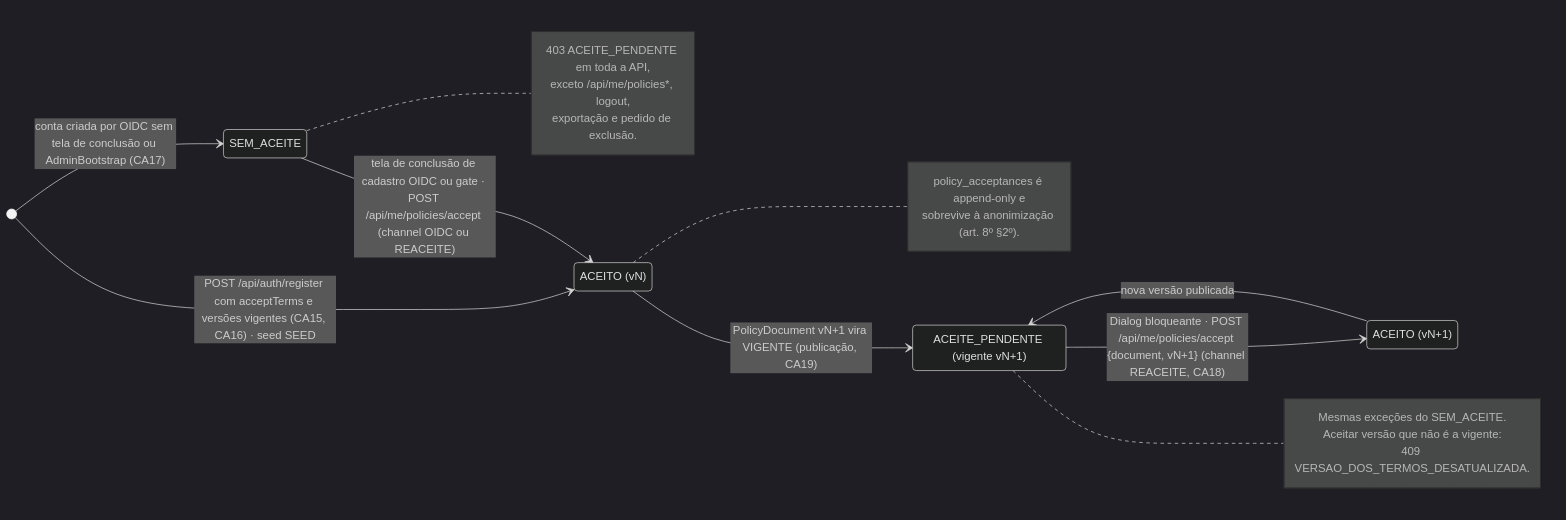
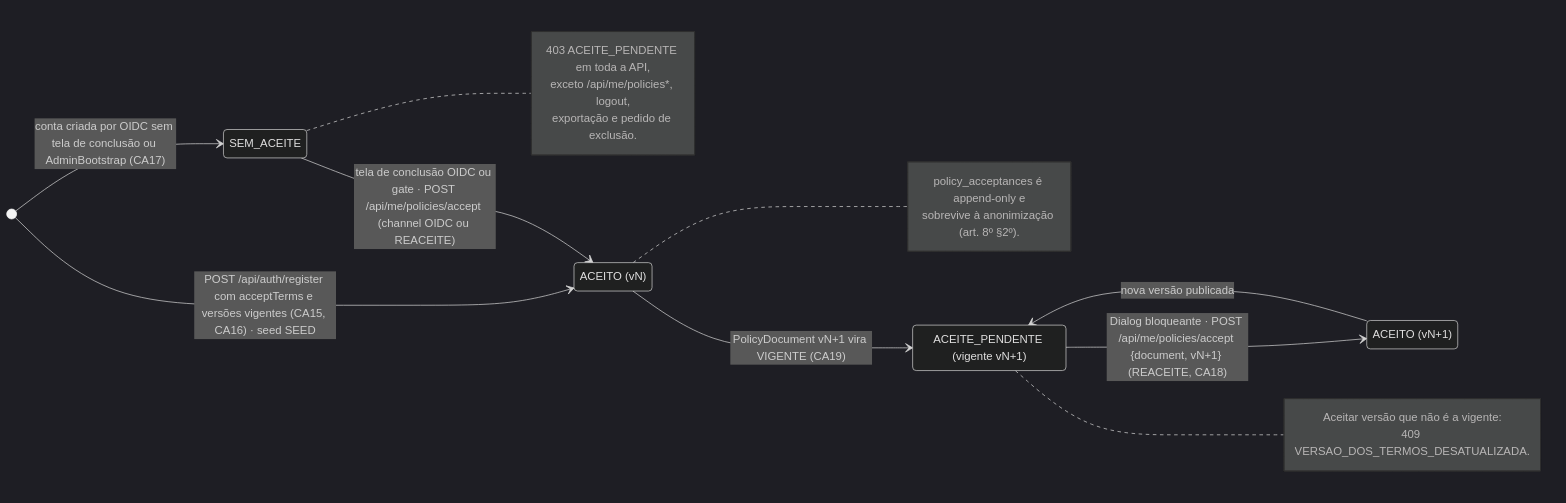
Before and after one commit to MatheusHaliski/Decia-app-2026: the sixth of 6 diagrams in docs/diagramas/RF1/README.md, drawn with Mermaid (dark theme). The commit also changed other lines of this file and 5 other files, not shown here.

First line of the commit message:
docs(diagramas): reescreve RF1–RF5 (5 diagramas Mermaid + rastreabilidade) e cria _tools/checar.py

````diff
--- a/docs/diagramas/RF1/README.md
+++ b/docs/diagramas/RF1/README.md
@@ -516,30 +593,29 @@
 ```mermaid
 stateDiagram-v2
   direction LR
-  state "SEM_ACEITE" as SEM_ACEITE
-  state "ACEITO (vN)" as ACEITO_VN
-  state "ACEITE_PENDENTE (vigente vN+1)" as ACEITE_PENDENTE
-  state "ACEITO (vN+1)" as ACEITO_VN1
+  state "SEM_ACEITE" as SEM
+  state "ACEITO (vN)" as VN
+  state "ACEITE_PENDENTE (vigente vN+1)" as PEND
+  state "ACEITO (vN+1)" as VN1
 
-  [*] --> SEM_ACEITE : conta criada por OIDC sem tela de conclusão ou AdminBootstrap (CA17)
-  [*] --> ACEITO_VN : POST /api/auth/register com acceptTerms e versões vigentes (CA15, CA16) · seed SEED
-  SEM_ACEITE --> ACEITO_VN : tela de conclusão de cadastro OIDC ou gate · POST /api/me/policies/accept (channel OIDC ou REACEITE)
-  ACEITO_VN --> ACEITE_PENDENTE : PolicyDocument vN+1 vira VIGENTE (publicação, CA19)
-  ACEITE_PENDENTE --> ACEITO_VN1 : Dialog bloqueante · POST /api/me/policies/accept {document, vN+1} (channel REACEITE, CA18)
-  ACEITO_VN1 --> ACEITE_PENDENTE : nova versão publicada
+  [*] --> SEM : conta criada por OIDC sem tela de conclusão ou AdminBootstrap (CA17)
+  [*] --> VN : POST /api/auth/register com acceptTerms e versões vigentes (CA15, CA16) · seed SEED
+  SEM --> VN : tela de conclusão OIDC ou gate · POST /api/me/policies/accept (channel OIDC ou REACEITE)
+  VN --> PEND : PolicyDocument vN+1 vira VIGENTE (CA19)
+  PEND --> VN1 : Dialog bloqueante · POST /api/me/policies/accept {document, vN+1} (REACEITE, CA18)
+  VN1 --> PEND : nova versão publicada
 
-  note right of SEM_ACEITE
+  note right of SEM
     403 ACEITE_PENDENTE em toda a API,
     exceto /api/me/policies*, logout,
     exportação e pedido de exclusão.
   end note
-  note right of ACEITE_PENDENTE
-    Mesmas exceções do SEM_ACEITE.
+  note right of PEND
     Aceitar versão que não é a vigente:
     409 VERSAO_DOS_TERMOS_DESATUALIZADA.
   end note
-  note right of ACEITO_VN
+  note right of VN
     policy_acceptances é append-only e
     sobrevive à anonimização (art. 8º §2º).
   end note
 ```
````
